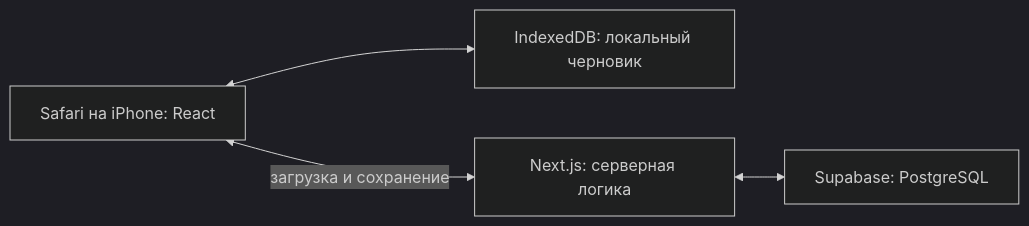
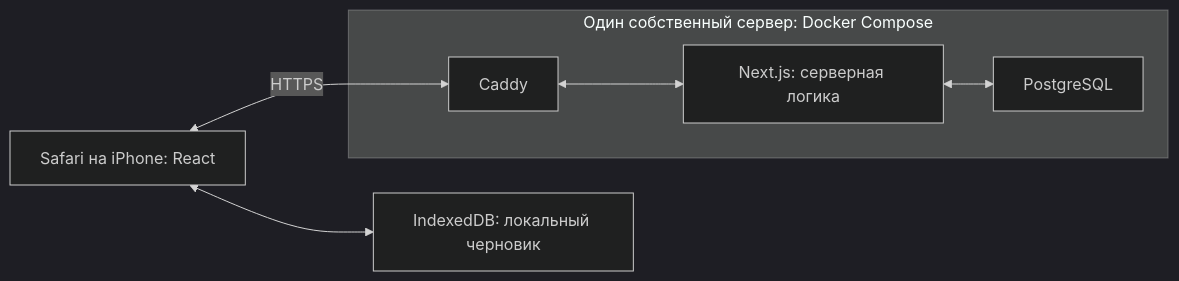
The first of 2 diagrams in ARCHITECTURE.md (AlimovaKatrin/train-club), drawn with Mermaid (dark theme) before and after one commit. The commit also changed other lines of this file and 1 other file, not shown here.

````diff
--- a/ARCHITECTURE.md
+++ b/ARCHITECTURE.md
@@ -38,6 +39,9 @@
 ```mermaid
 flowchart LR
     UI["Safari на iPhone: React"] <--> LOCAL["IndexedDB: локальный черновик"]
-    UI <-->|"загрузка и сохранение"| SERVER["Next.js: серверная логика"]
-    SERVER <--> DB["Supabase: PostgreSQL"]
+    UI <-->|"HTTPS"| PROXY["Caddy"]
+    subgraph HOST["Один собственный сервер: Docker Compose"]
+        PROXY <--> SERVER["Next.js: серверная логика"]
+        SERVER <--> DB["PostgreSQL"]
+    end
 ```
````
